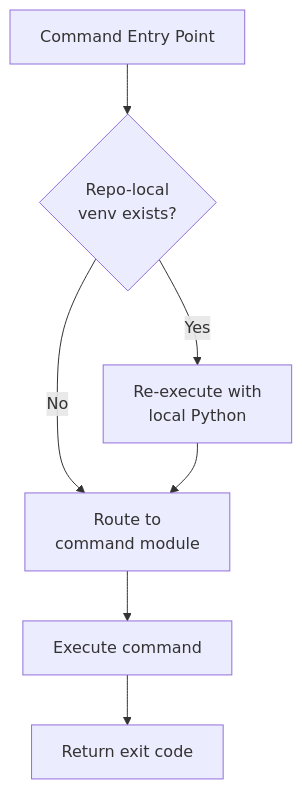
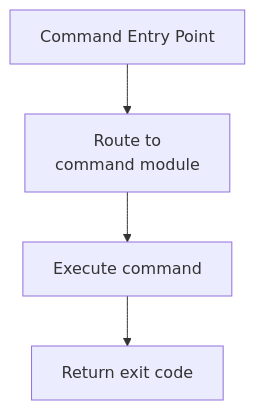
One commit to ayaiayorg/agentic-devtools changed the fifth of 12 diagrams in docs/05-building-blocks.md. Above: the diagram before and after it, drawn with Mermaid. The commit also changed other lines of this file and 17 other files, not shown here.

````diff
--- a/docs/05-building-blocks.md
+++ b/docs/05-building-blocks.md
@@ -154,9 +156,6 @@
 ```mermaid
 flowchart TD
-    Entry[Command Entry Point] --> Detect{Repo-local<br/>venv exists?}
-    Detect -->|Yes| Reexec[Re-execute with<br/>local Python]
-    Detect -->|No| Route[Route to<br/>command module]
-    Reexec --> Route
+    Entry[Command Entry Point] --> Route[Route to<br/>command module]
     Route --> Exec[Execute command]
     Exec --> Exit[Return exit code]
 ```
````
